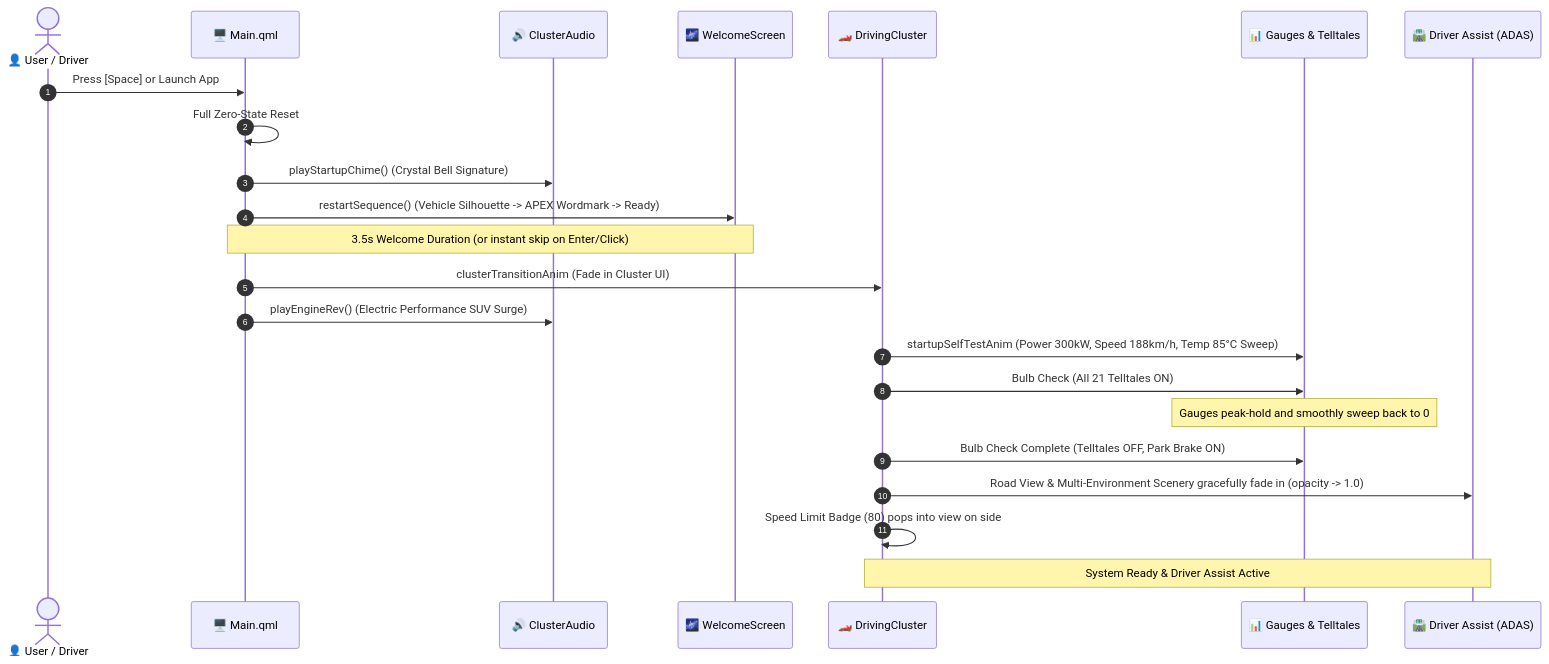
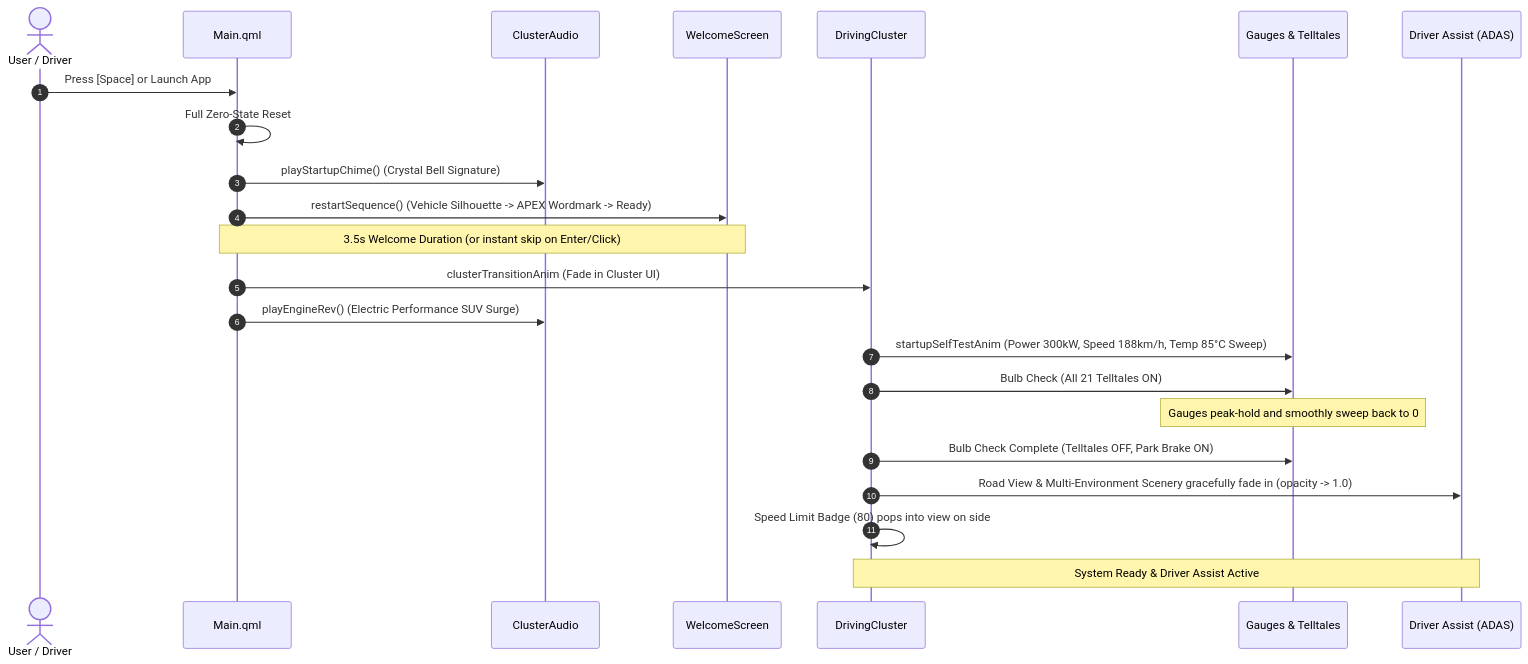
The second of 2 diagrams in README.md (skrehanahamed/ApexECU_Cluster), drawn with Mermaid before and after one commit. The commit also changed other lines of this file, not shown here.

````diff
--- a/README.md
+++ b/README.md
@@ -107,30 +107,30 @@
 ```mermaid
 sequenceDiagram
     autonumber
-    actor Driver as 👤 User / Driver
-    participant Main as 🖥️ Main.qml
-    participant Audio as 🔊 ClusterAudio
-    participant Welcome as 🌌 WelcomeScreen
-    participant Cluster as 🏎️ DrivingCluster
-    participant Gauges as 📊 Gauges & Telltales
-    participant ADAS as 🛣️ Driver Assist (ADAS)
+    actor Driver as User / Driver
+    participant Main as Main.qml
+    participant Audio as ClusterAudio
+    participant Welcome as WelcomeScreen
+    participant Cluster as DrivingCluster
+    participant Gauges as Gauges & Telltales
+    participant ADAS as Driver Assist (ADAS)
 
     Driver->>Main: Press [Space] or Launch App
     Main->>Main: Full Zero-State Reset
     Main->>Audio: playStartupChime() (Crystal Bell Signature)
     Main->>Welcome: restartSequence() (Vehicle Silhouette -> APEX Wordmark -> Ready)
     
     Note over Main,Welcome: 3.5s Welcome Duration (or instant skip on Enter/Click)
 
     Main->>Cluster: clusterTransitionAnim (Fade in Cluster UI)
     Main->>Audio: playEngineRev() (Electric Performance SUV Surge)
     Cluster->>Gauges: startupSelfTestAnim (Power 300kW, Speed 188km/h, Temp 85°C Sweep)
     Cluster->>Gauges: Bulb Check (All 21 Telltales ON)
     
     Note over Gauges: Gauges peak-hold and smoothly sweep back to 0
     
     Cluster->>Gauges: Bulb Check Complete (Telltales OFF, Park Brake ON)
     Cluster->>ADAS: Road View & Multi-Environment Scenery gracefully fade in (opacity -> 1.0)
     Cluster->>Cluster: Speed Limit Badge (80) pops into view on side
     Note over ADAS,Cluster: System Ready & Driver Assist Active
 ```
````
